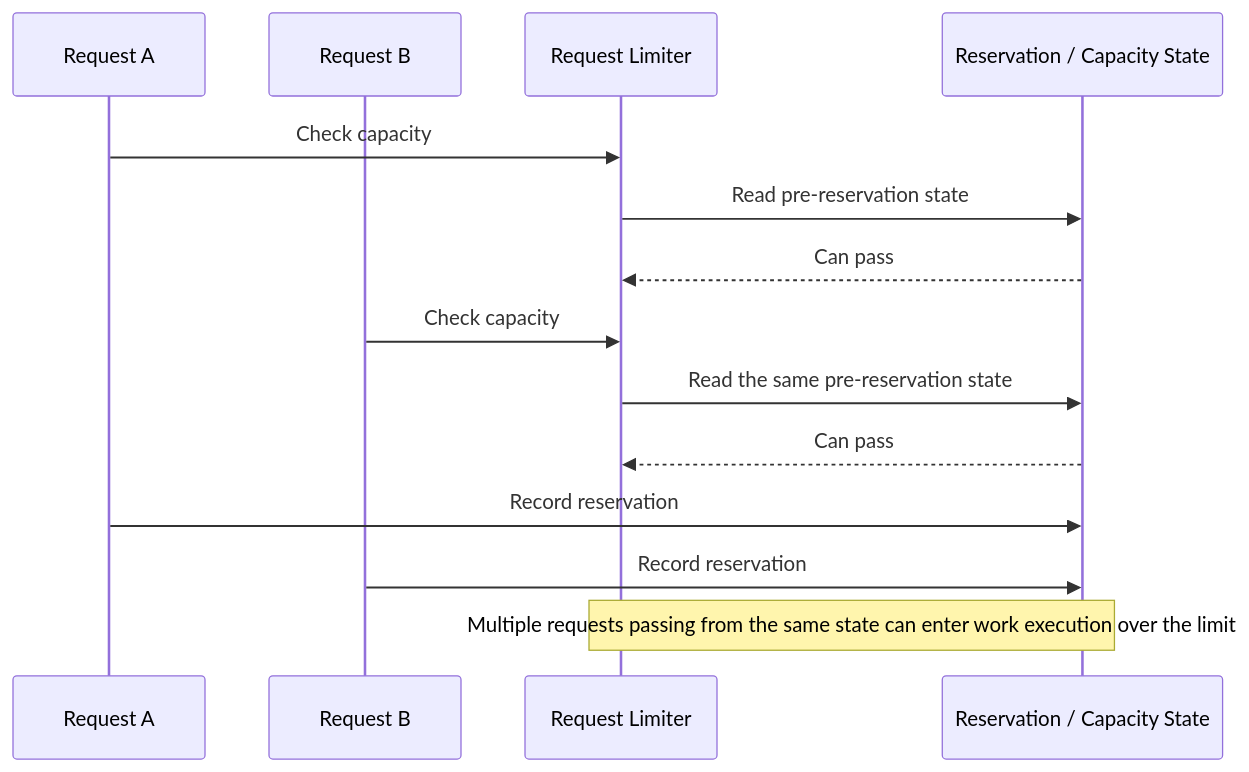
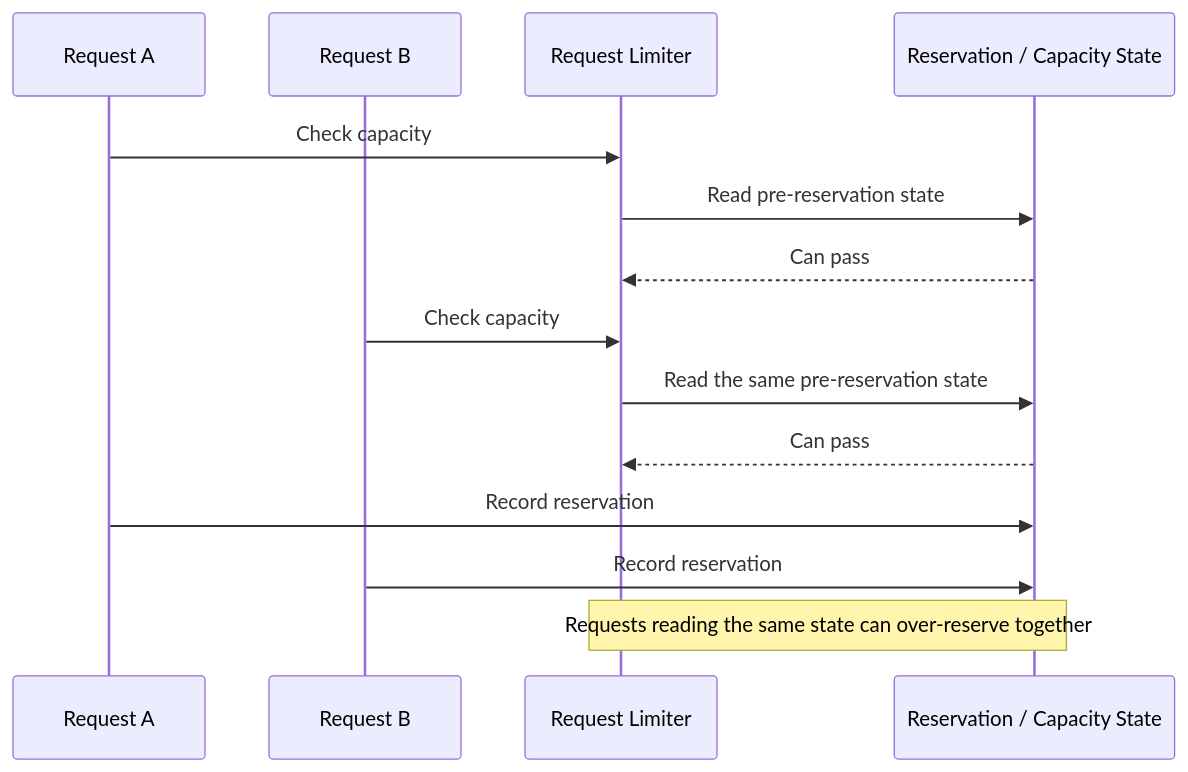
Before and after one commit to zmrdltl/portfolio: the second of 2 diagrams in docs/experience/cluml.en.md, drawn with Mermaid. The commit also changed other lines of this file and 15 other files, not shown here.

````diff
--- a/docs/experience/cluml.en.md
+++ b/docs/experience/cluml.en.md
@@ -36,17 +36,17 @@
 ```mermaid
 sequenceDiagram
   participant A as Request A
   participant B as Request B
   participant L as Request Limiter
   participant S as Reservation / Capacity State
 
   A->>L: Check capacity
   L->>S: Read pre-reservation state
   S-->>L: Can pass
   B->>L: Check capacity
   L->>S: Read the same pre-reservation state
   S-->>L: Can pass
   A->>S: Record reservation
   B->>S: Record reservation
-  Note over L,S: Multiple requests passing from the same state can enter work execution over the limit
+  Note over L,S: Requests reading the same state can over-reserve together
 ```
````
